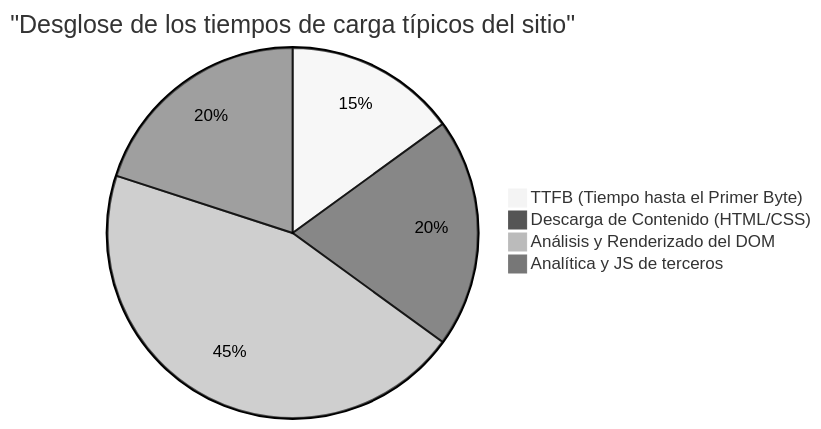
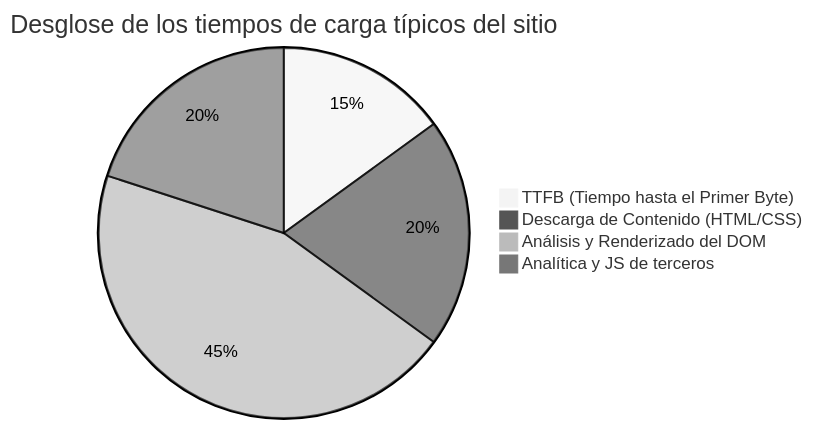
One commit to kenjinote/blog changed the third of 3 diagrams in content/post/hugo_hosting/index.es.md. Above: the diagram before and after it, drawn with Mermaid (neutral theme). The commit also changed other lines of this file and 703 other files, not shown here.

Commit message:
Fix: Remove quotes from Mermaid link texts and timeline definitions to support Mermaid 11.4.1

````diff
--- a/content/post/hugo_hosting/index.es.md
+++ b/content/post/hugo_hosting/index.es.md
@@ -218,7 +218,7 @@
 ```mermaid
-pie title "Desglose de los tiempos de carga típicos del sitio"
+pie title Desglose de los tiempos de carga típicos del sitio
     "TTFB (Tiempo hasta el Primer Byte)" : 15
     "Descarga de Contenido (HTML/CSS)" : 20
     "Análisis y Renderizado del DOM" : 45
     "Analítica y JS de terceros" : 20
 ```
````
